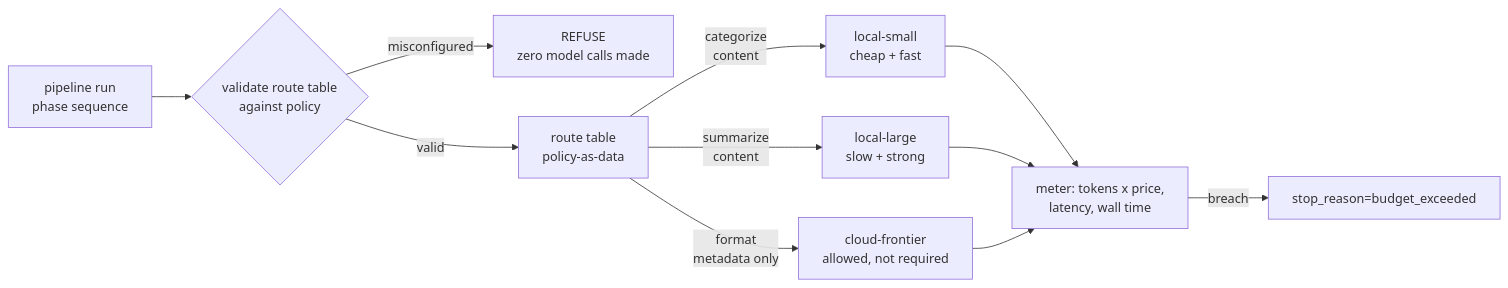
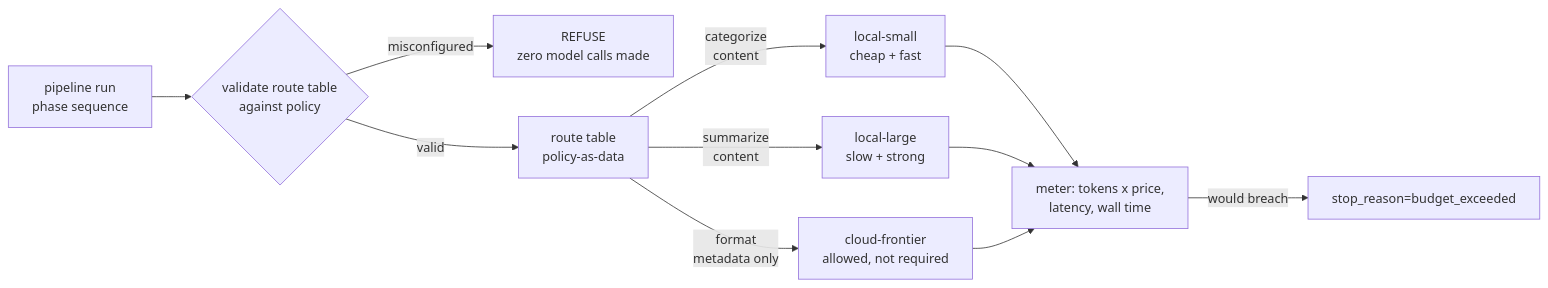
The diagram in lessons/src/S11-budgets-routing.md (macayaven/agent-harness-path), drawn with Mermaid before and after one commit. The commit also changed other lines of this file and 57 other files, not shown here.

````diff
--- a/lessons/src/S11-budgets-routing.md
+++ b/lessons/src/S11-budgets-routing.md
@@ -69,13 +69,13 @@
 ```mermaid
 flowchart LR
     P[pipeline run<br/>phase sequence] --> V{validate route table<br/>against policy}
     V -- misconfigured --> X[REFUSE<br/>zero model calls made]
     V -- valid --> RT[route table<br/>policy-as-data]
     RT -- categorize<br/>content --> S[local-small<br/>cheap + fast]
     RT -- summarize<br/>content --> L[local-large<br/>slow + strong]
     RT -- format<br/>metadata only --> C[cloud-frontier<br/>allowed, not required]
     S --> M[meter: tokens x price,<br/>latency, wall time]
     L --> M
     C --> M
-    M -- breach --> B[stop_reason=budget_exceeded]
+    M -->|"would breach"| B[stop_reason=budget_exceeded]
 ```
````
